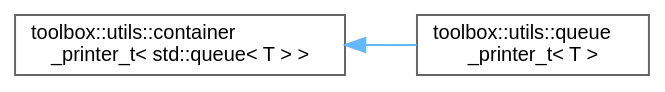
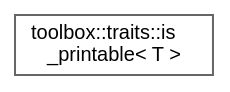
Before and after one commit to nerdneilsfield/cpp-toolbox: the diagram in inherit_graph_77.dot, drawn with Graphviz. The commit also changed 588 other files, not shown here.

```diff
--- a/inherit_graph_77.dot
+++ b/inherit_graph_77.dot
@@ -1,11 +1,9 @@
 digraph "Graphical Class Hierarchy"
 {
  // LATEX_PDF_SIZE
   bgcolor="transparent";
   edge [fontname=Helvetica,fontsize=10,labelfontname=Helvetica,labelfontsize=10];
   node [fontname=Helvetica,fontsize=10,shape=box,height=0.2,width=0.4];
   rankdir="LR";
-  Node0 [id="Node000000",label="toolbox::utils::container\l_printer_t\< std::queue\< T \> \>",height=0.2,width=0.4,color="grey40", fillcolor="white", style="filled",URL="$classtoolbox_1_1utils_1_1container__printer__t.html",tooltip=" "];
-  Node0 -> Node1 [id="edge48_Node000000_Node000001",dir="back",color="steelblue1",style="solid",tooltip=" "];
-  Node1 [id="Node000001",label="toolbox::utils::queue\l_printer_t\< T \>",height=0.2,width=0.4,color="grey40", fillcolor="white", style="filled",URL="$classtoolbox_1_1utils_1_1queue__printer__t.html",tooltip="队列打印器/Queue printer"];
+  Node0 [id="Node000000",label="toolbox::traits::is\l_printable\< T \>",height=0.2,width=0.4,color="grey40", fillcolor="white", style="filled",URL="$structtoolbox_1_1traits_1_1is__printable.html",tooltip="检查类型是否可打印/Check if type is printable"];
 }
```
